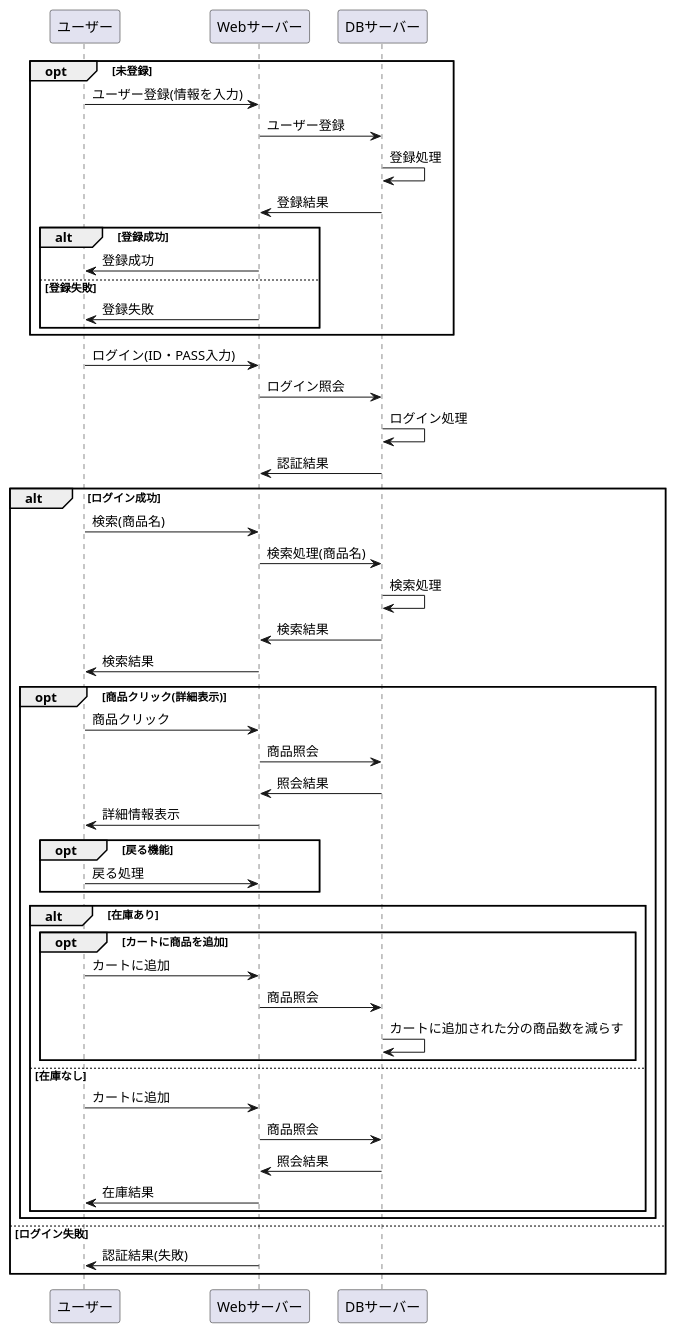
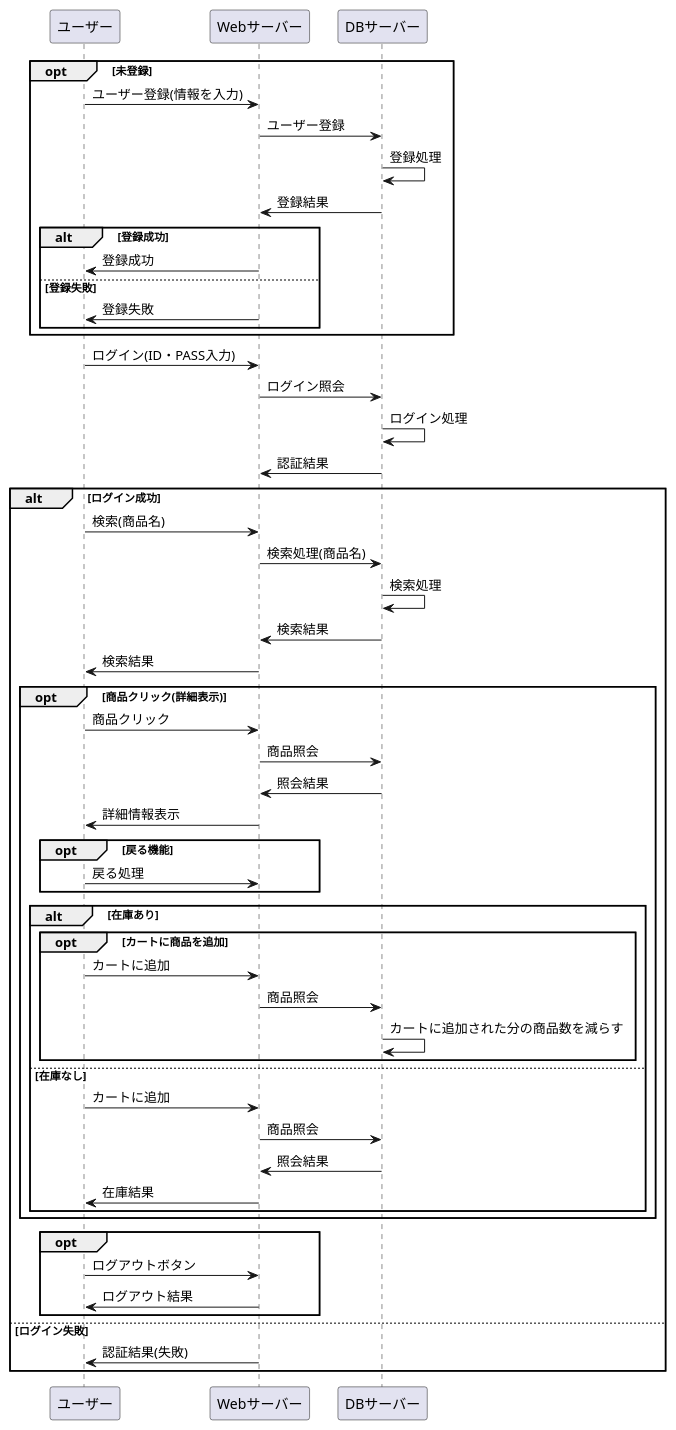
The diagram in あの消し.業務フロー.md (Aso2001184/2021sys-design), drawn with PlantUML before and after one commit.

````diff
--- a/あの消し.業務フロー.md
+++ b/あの消し.業務フロー.md
@@ -1,58 +1,62 @@
 ```uml
 @startuml
 opt 未登録
 ユーザー -> Webサーバー : ユーザー登録(情報を入力)
 Webサーバー -> DBサーバー : ユーザー登録
 DBサーバー -> DBサーバー : 登録処理
 DBサーバー -> Webサーバー : 登録結果
 
 alt 登録成功
 Webサーバー -> ユーザー : 登録成功
 else 登録失敗
 Webサーバー -> ユーザー : 登録失敗
 end
 end
 
 ユーザー -> Webサーバー : ログイン(ID・PASS入力)
 Webサーバー -> DBサーバー : ログイン照会
 DBサーバー -> DBサーバー : ログイン処理
 DBサーバー -> Webサーバー : 認証結果
 
 alt ログイン成功
-
 
 ユーザー -> Webサーバー : 検索(商品名)
 Webサーバー -> DBサーバー : 検索処理(商品名)
 DBサーバー -> DBサーバー : 検索処理
 DBサーバー -> Webサーバー : 検索結果
 Webサーバー -> ユーザー : 検索結果
 
 opt 商品クリック(詳細表示)
 ユーザー -> Webサーバー : 商品クリック
 Webサーバー -> DBサーバー : 商品照会
 DBサーバー -> Webサーバー : 照会結果
 Webサーバー -> ユーザー : 詳細情報表示
 opt 戻る機能
 ユーザー -> Webサーバー : 戻る処理
 end
 
 alt 在庫あり
 opt カートに商品を追加
 ユーザー -> Webサーバー : カートに追加
 Webサーバー -> DBサーバー : 商品照会
 DBサーバー -> DBサーバー : カートに追加された分の商品数を減らす
 end
 
 else 在庫なし
 ユーザー -> Webサーバー : カートに追加
 Webサーバー -> DBサーバー : 商品照会
 DBサーバー -> Webサーバー : 照会結果
 Webサーバー -> ユーザー : 在庫結果
 end
 end
 
+opt
+ユーザー -> Webサーバー : ログアウトボタン
+Webサーバー -> ユーザー: ログアウト結果
+end
+
 else ログイン失敗
 Webサーバー -> ユーザー : 認証結果(失敗)
 end
 @enduml
 ```
````
